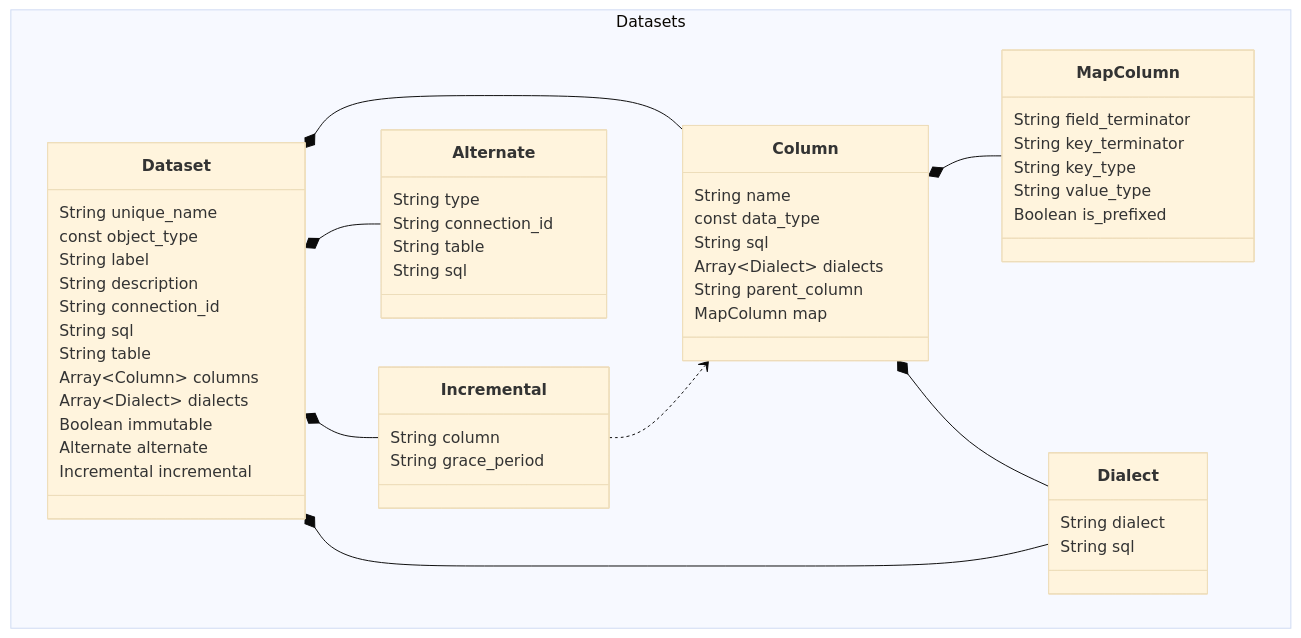
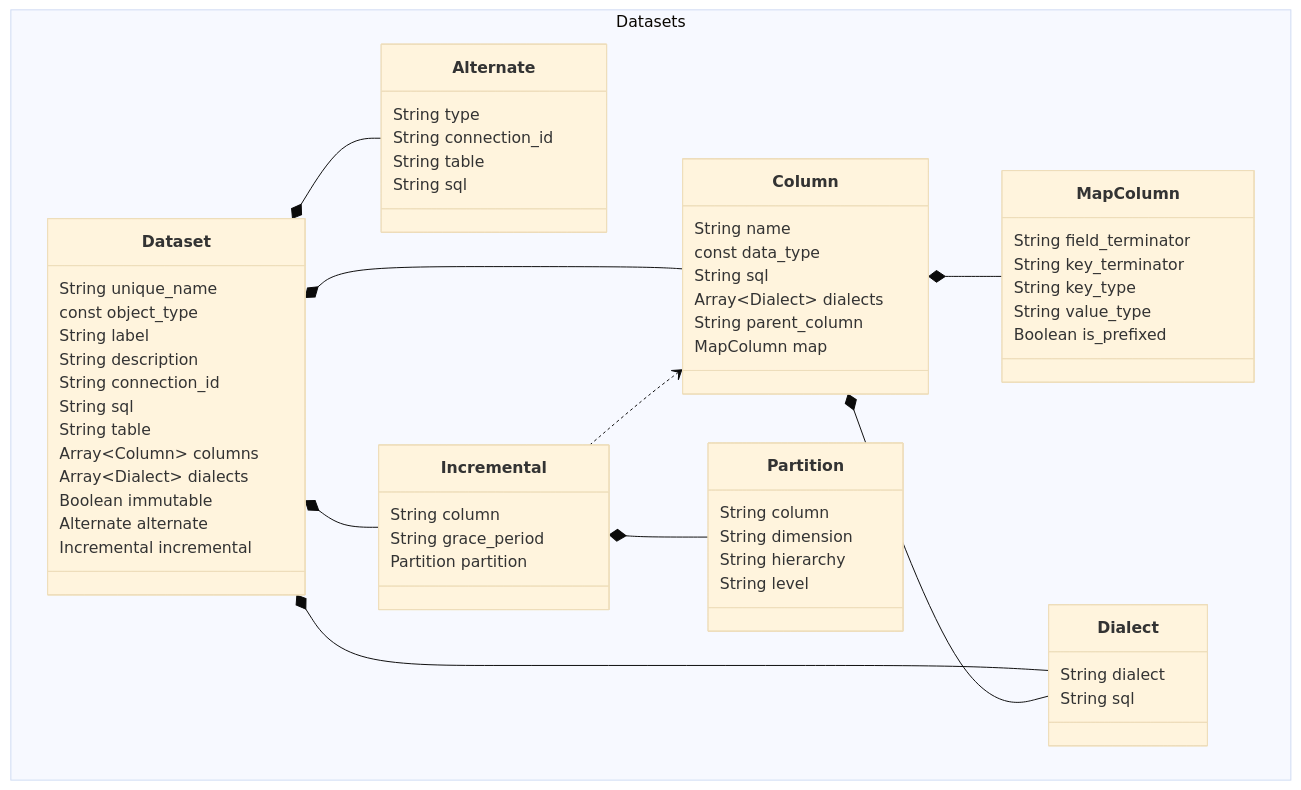
One commit to semanticdatalayer/SML changed the diagram in sml-reference/dataset.md. Above: the diagram before and after it, drawn with Mermaid (base theme). The commit also changed other lines of this file, not shown here.

Commit message:
partition added to dataset

````diff
--- a/sml-reference/dataset.md
+++ b/sml-reference/dataset.md
@@ -143,55 +143,63 @@
 ```mermaid
 classDiagram
     Dataset *-- Column
     Dataset *-- Alternate
     Dataset *-- Incremental
+    Incremental *-- Partition
     Incremental ..> Column
     Column *-- MapColumn
     Dataset *-- Dialect
     Column *-- Dialect
 namespace Datasets{
     class Dataset{
       String unique_name
       const object_type
       String label
       String description
       String connection_id
       String sql
       String table
       Array~Column~ columns
       Array~Dialect~ dialects
       Boolean immutable
       Alternate alternate
       Incremental incremental
     }
     class Column{
       String name
       const data_type
       String sql
       Array~Dialect~ dialects
       String parent_column
       MapColumn map
     }
     class Dialect{
       String dialect
       String sql
     }
     class Alternate{
       String type
       String connection_id
       String table
       String sql
     }
     class Incremental{
       String column
       String grace_period
+      Partition partition
+    }
+    class Partition{
+      String column
+      String dimension
+      String hierarchy
+      String level
     }
     class MapColumn{
       String field_terminator
       String key_terminator
       String key_type
       String value_type
       Boolean is_prefixed
     }
 }
 ```
````
